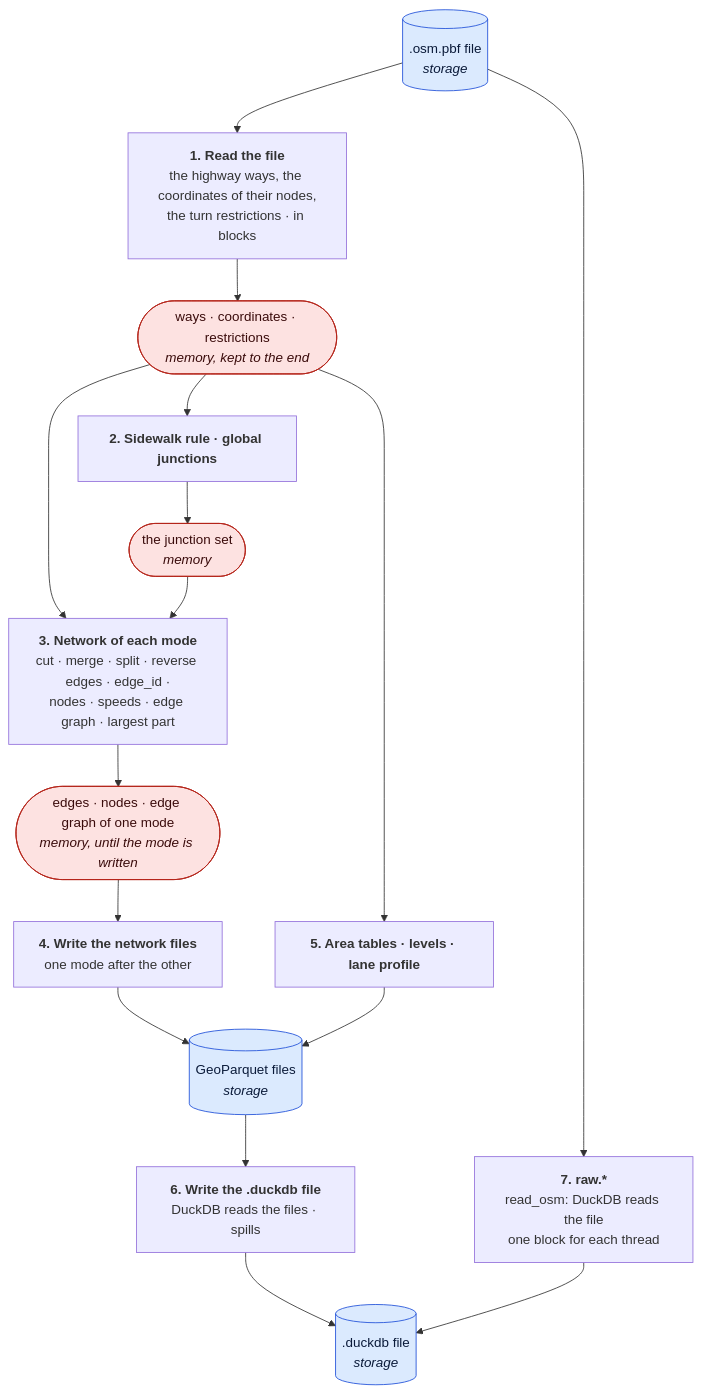
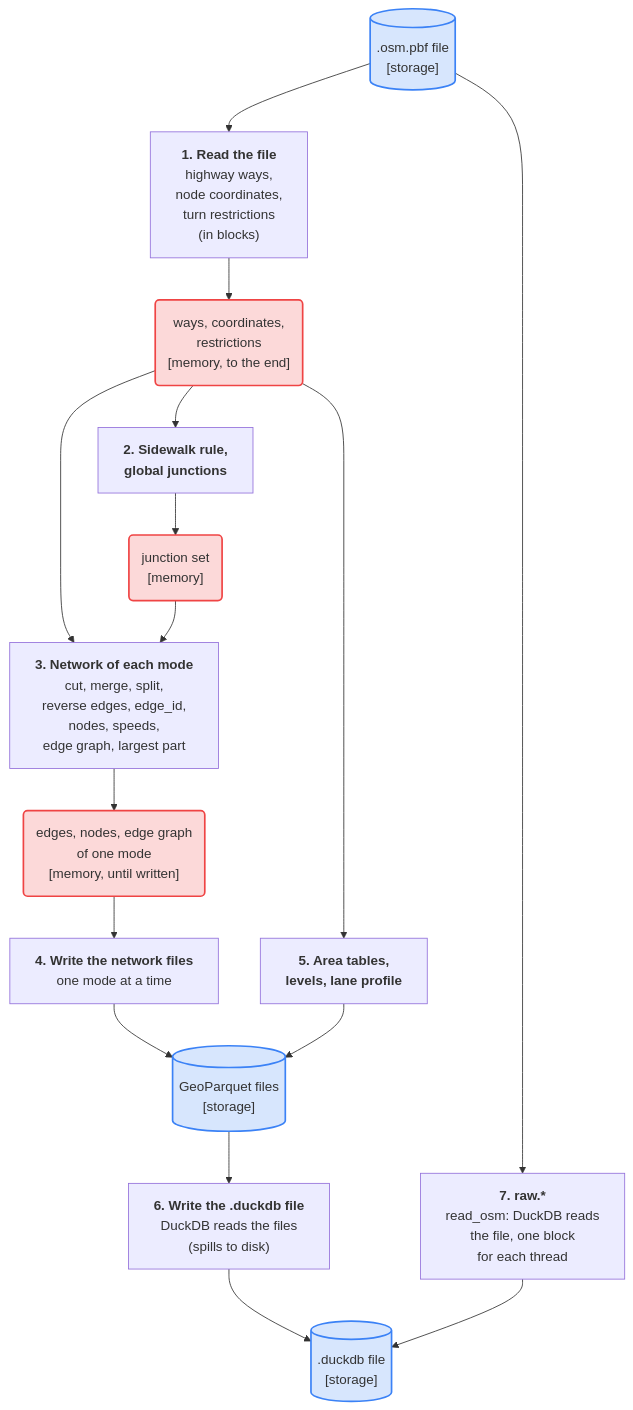
Before and after one commit to Khoshkhah/duckOSM: the first of 2 diagrams in docs/concepts/offline-online.md, drawn with Mermaid. The commit also changed other lines of this file, not shown here.

First line of the commit message:
docs: offline and online diagrams fit and read in the dark theme

````diff
--- a/docs/concepts/offline-online.md
+++ b/docs/concepts/offline-online.md
@@ -33,31 +34,31 @@
 ```mermaid
 flowchart TB
-    PBF[(".osm.pbf file<br/><i>storage</i>")]
+    PBF[(".osm.pbf file<br/>[storage]")]
 
-    S1["<b>1. Read the file</b><br/>the highway ways, the coordinates of their nodes,<br/>the turn restrictions · in blocks"]
-    M1(["ways · coordinates · restrictions<br/><i>memory, kept to the end</i>"])
-    S2["<b>2. Sidewalk rule · global junctions</b>"]
-    M2(["the junction set<br/><i>memory</i>"])
-    S3["<b>3. Network of each mode</b><br/>cut · merge · split · reverse edges · edge_id ·<br/>nodes · speeds · edge graph · largest part"]
-    M3(["edges · nodes · edge graph of one mode<br/><i>memory, until the mode is written</i>"])
-    S4["<b>4. Write the network files</b><br/>one mode after the other"]
-    S5["<b>5. Area tables · levels · lane profile</b>"]
-    F1[("GeoParquet files<br/><i>storage</i>")]
-    S6["<b>6. Write the .duckdb file</b><br/>DuckDB reads the files · spills"]
-    S7["<b>7. raw.*</b><br/>read_osm: DuckDB reads the file<br/>one block for each thread"]
-    DB[(".duckdb file<br/><i>storage</i>")]
+    S1["<b>1. Read the file</b><br/>highway ways,<br/>node coordinates,<br/>turn restrictions<br/>(in blocks)"]
+    M1("ways, coordinates,<br/>restrictions<br/>[memory, to the end]")
+    S2["<b>2. Sidewalk rule,</b><br/><b>global junctions</b>"]
+    M2("junction set<br/>[memory]")
+    S3["<b>3. Network of each mode</b><br/>cut, merge, split,<br/>reverse edges, edge_id,<br/>nodes, speeds,<br/>edge graph, largest part"]
+    M3("edges, nodes, edge graph<br/>of one mode<br/>[memory, until written]")
+    S4["<b>4. Write the network files</b><br/>one mode at a time"]
+    S5["<b>5. Area tables,</b><br/><b>levels, lane profile</b>"]
+    F1[("GeoParquet files<br/>[storage]")]
+    S6["<b>6. Write the .duckdb file</b><br/>DuckDB reads the files<br/>(spills to disk)"]
+    S7["<b>7. raw.*</b><br/>read_osm: DuckDB reads<br/>the file, one block<br/>for each thread"]
+    DB[(".duckdb file<br/>[storage]")]
 
     PBF --> S1 --> M1
     M1 --> S2 --> M2
     M1 --> S3
     M2 --> S3
     S3 --> M3 --> S4 --> F1
     M1 --> S5 --> F1
     F1 --> S6 --> DB
     PBF --> S7 --> DB
 
-    classDef disk fill:#dbeafe,stroke:#1d4ed8,color:#0b1b3a
-    classDef mem fill:#fde2e1,stroke:#b42318,color:#3a0b0b
+    classDef disk fill:#3b82f633,stroke:#3b82f6,stroke-width:2px
+    classDef mem fill:#ef444433,stroke:#ef4444,stroke-width:2px
     class PBF,F1,DB disk
     class M1,M2,M3 mem
 ```
````
